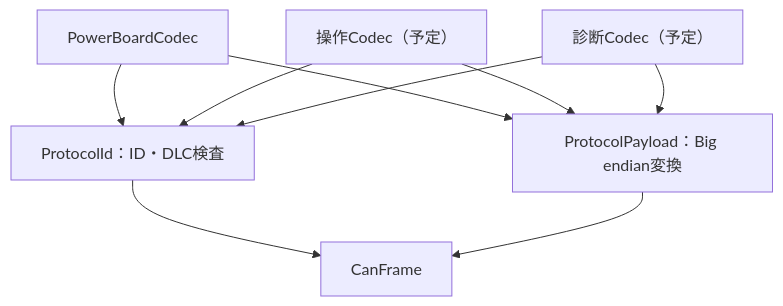
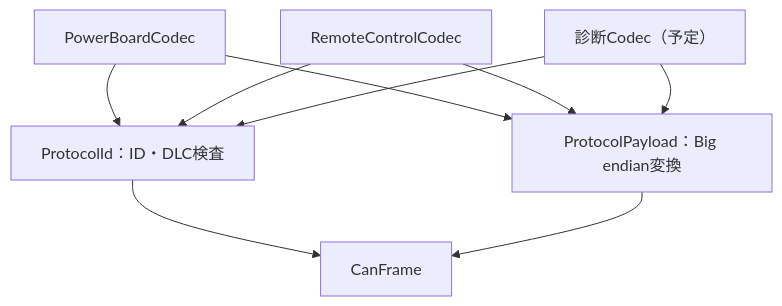
Diagram 23 of 23 in docs/diagrams.md (kou-pen/balancing), drawn with Mermaid before and after one commit. The commit also changed other lines of this file and 10 other files, not shown here.

First line of the commit message:
feat(can2): Raspberry Pi remote control codec (#64)

````diff
--- a/docs/diagrams.md
+++ b/docs/diagrams.md
@@ -510,11 +510,11 @@
 ```mermaid
 flowchart TD
     P["PowerBoardCodec"] --> I["ProtocolId：ID・DLC検査"]
-    R["操作Codec（予定）"] --> I
+    R["RemoteControlCodec"] --> I
     D["診断Codec（予定）"] --> I
     P --> B["ProtocolPayload：Big endian変換"]
     R --> B
     D --> B
     I --> F["CanFrame"]
     B --> F
 ```
````
